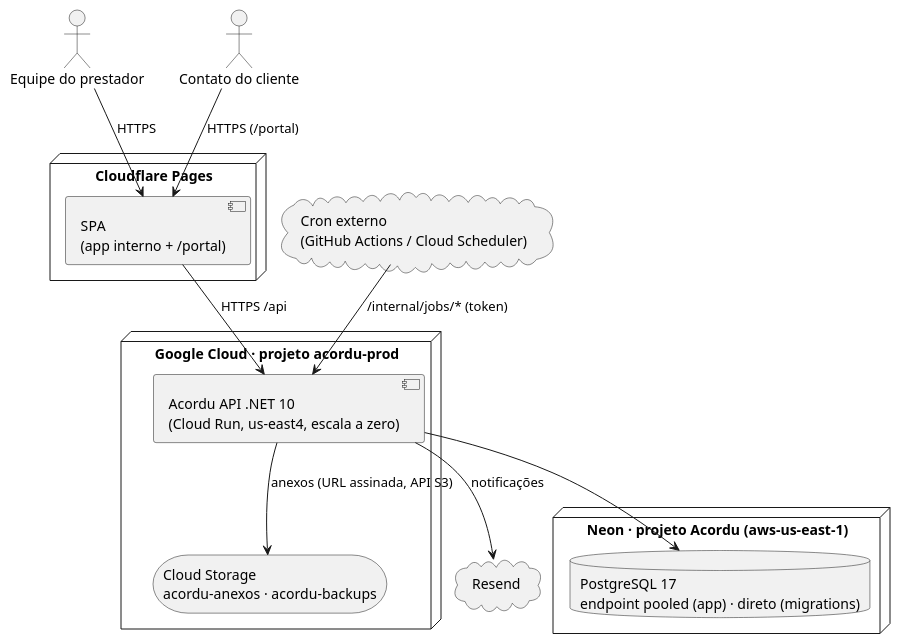
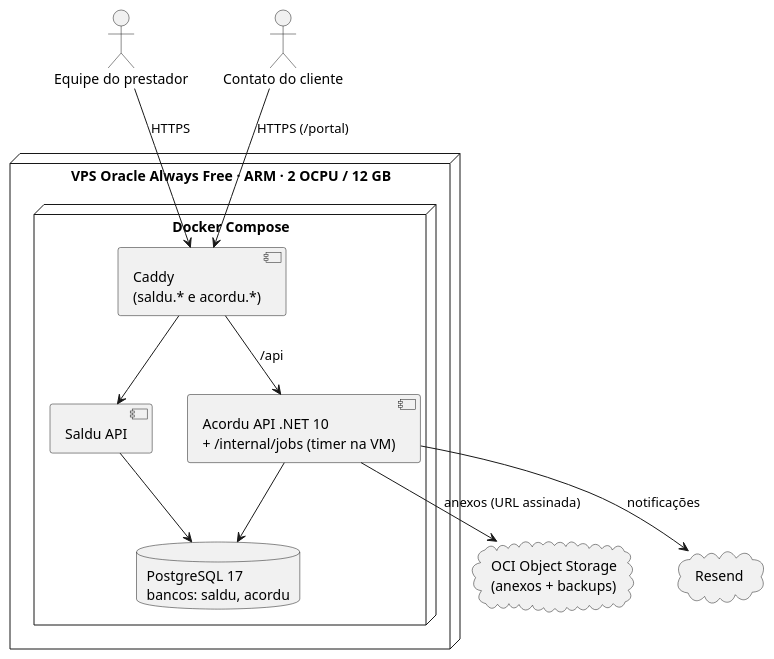
One commit to dansantxs/Acordu changed the third of 4 diagrams in docs/ers/ERS-acordu-v1.md. Above: the diagram before and after it, drawn with PlantUML. The commit also changed other lines of this file and 9 other files, not shown here.

````diff
--- a/docs/ers/ERS-acordu-v1.md
+++ b/docs/ers/ERS-acordu-v1.md
@@ -473,29 +473,26 @@
 ```plantuml
 @startuml
 actor "Equipe do prestador" as eq
 actor "Contato do cliente" as ct
+cloud "OCI Object Storage\n(anexos + backups)" as oss
 cloud "Resend" as mail
-cloud "Cron externo\n(GitHub Actions / Cloud Scheduler)" as cron
 
-node "Cloudflare Pages" {
-  component "SPA\n(app interno + /portal)" as spa
+node "VPS Oracle Always Free · ARM · 2 OCPU / 12 GB" {
+  node "Docker Compose" {
+    component "Caddy\n(saldu.* e acordu.*)" as caddy
+    component "Acordu API .NET 10\n+ /internal/jobs (timer na VM)" as api
+    component "Saldu API" as saldu
+    database "PostgreSQL 17\nbancos: saldu, acordu" as pg
+  }
 }
 
-node "Google Cloud · projeto acordu-prod" {
-  component "Acordu API .NET 10\n(Cloud Run, us-east4, escala a zero)" as api
-  storage "Cloud Storage\nacordu-anexos · acordu-backups" as gcs
-}
-
-node "Neon · projeto Acordu (aws-us-east-1)" {
-  database "PostgreSQL 17\nendpoint pooled (app) · direto (migrations)" as pg
-}
-
-eq --> spa : HTTPS
-ct --> spa : HTTPS (/portal)
-spa --> api : HTTPS /api
-cron --> api : /internal/jobs/* (token)
+eq --> caddy : HTTPS
+ct --> caddy : HTTPS (/portal)
+caddy --> api : /api
+caddy --> saldu
 api --> pg
-api --> gcs : anexos (URL assinada, API S3)
+saldu --> pg
+api --> oss : anexos (URL assinada)
 api --> mail : notificações
 @enduml
 ```
````
